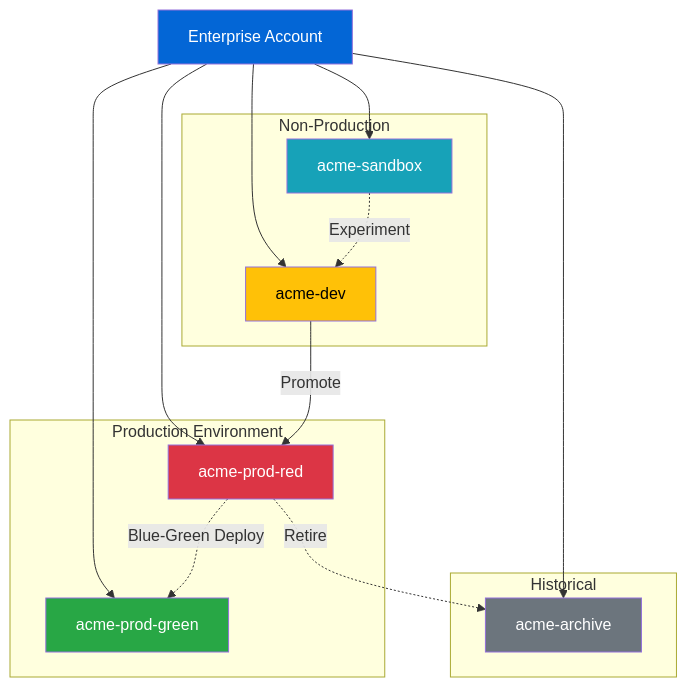
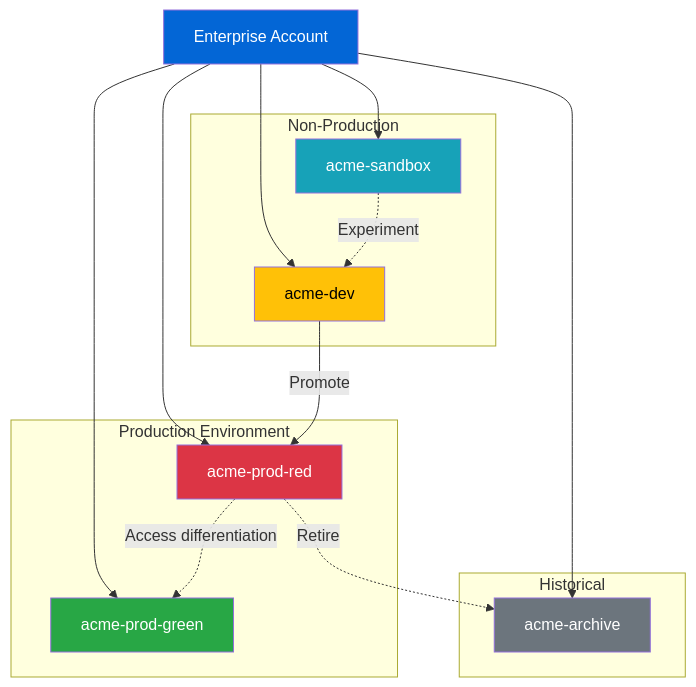
The third of 16 diagrams in docs/10-reference-architecture.md (githubabcs/gh-abcs-admin), drawn with Mermaid before and after one commit. The commit also changed other lines of this file and 31 other files, not shown here.

````diff
--- a/docs/10-reference-architecture.md
+++ b/docs/10-reference-architecture.md
@@ -155,36 +162,36 @@
 ```mermaid
 graph TB
     Enterprise[Enterprise Account]
     
     subgraph "Production Environment"
         Red[acme-prod-red]
         Green[acme-prod-green]
     end
     
     subgraph "Non-Production"
         Dev[acme-dev]
         Sandbox[acme-sandbox]
     end
     
     subgraph "Historical"
         Archive[acme-archive]
     end
     
     Enterprise --> Red
     Enterprise --> Green
     Enterprise --> Dev
     Enterprise --> Sandbox
     Enterprise --> Archive
     
-    Red -.->|Blue-Green Deploy| Green
+    Red -.->|Access differentiation| Green
     Dev -->|Promote| Red
     Sandbox -.->|Experiment| Dev
     Red -.->|Retire| Archive
     
     style Enterprise fill:#0366d6,color:#fff
     style Red fill:#dc3545,color:#fff
     style Green fill:#28a745,color:#fff
     style Dev fill:#ffc107,color:#000
     style Sandbox fill:#17a2b8,color:#fff
     style Archive fill:#6c757d,color:#fff
 ```
````
